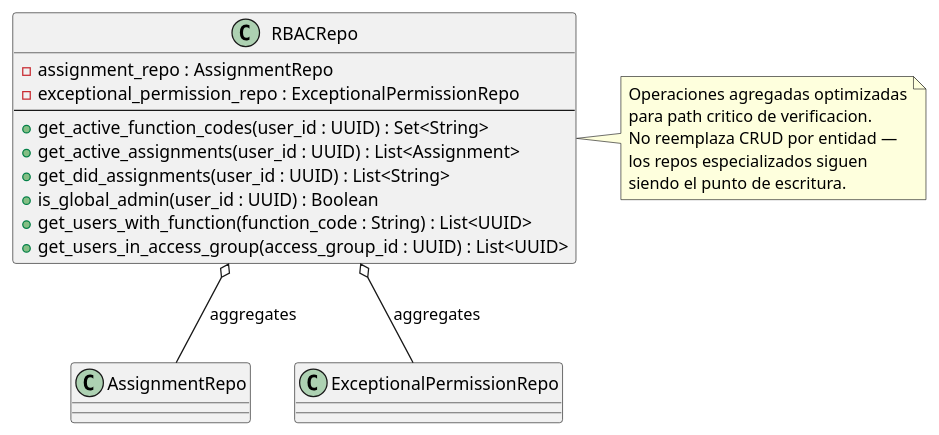
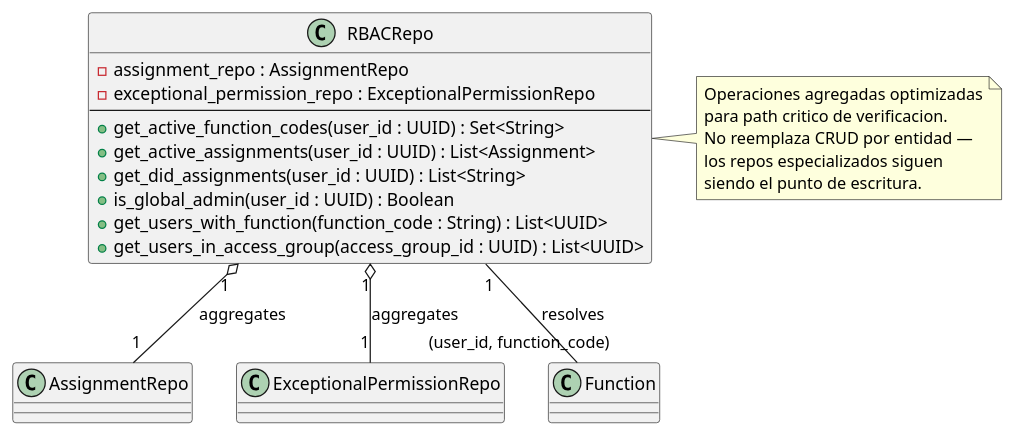
Before and after one commit to jcg-admin/IACT-docs: the diagram in source/arquitectura-tecnica/domain-model/rbac-repo.rst, drawn with PlantUML. The commit also changed 27 other files, not shown here.

First line of the commit message:
Apply UML rigor pass batch 2: Audit + Alerts + RBAC repos

```diff
--- a/source/arquitectura-tecnica/domain-model/rbac-repo.rst
+++ b/source/arquitectura-tecnica/domain-model/rbac-repo.rst
@@ -31,33 +31,35 @@
 .. uml::
  :caption: Clase RBACRepo — consultas agregadas para
            verificación RBAC.
 
  @startuml
 
  class RBACRepo {
    - assignment_repo : AssignmentRepo
    - exceptional_permission_repo : ExceptionalPermissionRepo
    --
    + get_active_function_codes(user_id : UUID) : Set<String>
    + get_active_assignments(user_id : UUID) : List<Assignment>
    + get_did_assignments(user_id : UUID) : List<String>
    + is_global_admin(user_id : UUID) : Boolean
    + get_users_with_function(function_code : String) : List<UUID>
    + get_users_in_access_group(access_group_id : UUID) : List<UUID>
  }
 
  class AssignmentRepo
  class ExceptionalPermissionRepo
+ class Function
 
- RBACRepo o-- AssignmentRepo : aggregates
- RBACRepo o-- ExceptionalPermissionRepo : aggregates
+ RBACRepo "1" o-- "1" AssignmentRepo : aggregates
+ RBACRepo "1" o-- "1" ExceptionalPermissionRepo : aggregates
+ RBACRepo "1" -- "(user_id, function_code)" Function : resolves
 
  note right of RBACRepo
    Operaciones agregadas optimizadas
    para path critico de verificacion.
    No reemplaza CRUD por entidad —
    los repos especializados siguen
    siendo el punto de escritura.
  end note
 
  @enduml
```
